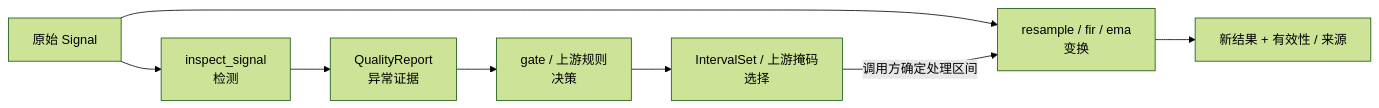
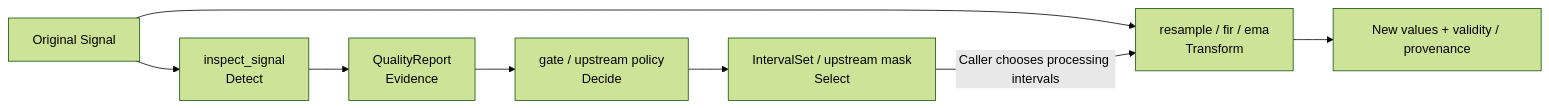
Before and after one commit to XieWeikai/mcap-ops: the second of 4 diagrams in docs/architecture.md, drawn with Mermaid (forest theme). The commit also changed other lines of this file and 71 other files, not shown here.

````diff
--- a/docs/architecture.md
+++ b/docs/architecture.md
@@ -39,10 +45,10 @@
 ```mermaid
 flowchart LR
-    S["原始 Signal"] --> Q["inspect_signal<br/>检测"]
-    Q --> E["QualityReport<br/>异常证据"]
-    E --> G["gate / 上游规则<br/>决策"]
-    G --> I["IntervalSet / 上游掩码<br/>选择"]
-    S --> T["resample / fir / ema<br/>变换"]
-    I -->|"调用方确定处理区间"| T
-    T --> O["新结果 + 有效性 / 来源"]
+    S["Original Signal"] --> Q["inspect_signal<br/>Detect"]
+    Q --> E["QualityReport<br/>Evidence"]
+    E --> G["gate / upstream policy<br/>Decide"]
+    G --> I["IntervalSet / upstream mask<br/>Select"]
+    S --> T["resample / fir / ema<br/>Transform"]
+    I -->|"Caller chooses processing intervals"| T
+    T --> O["New values + validity / provenance"]
 ```
````
